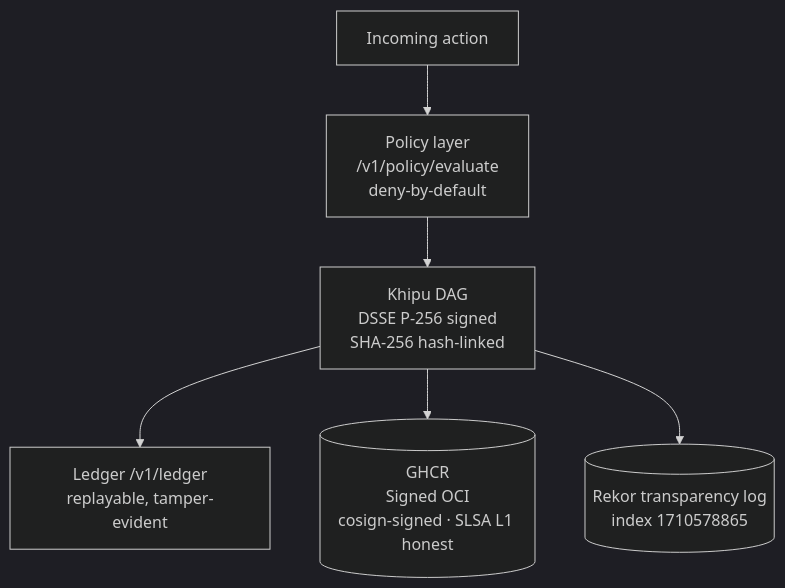
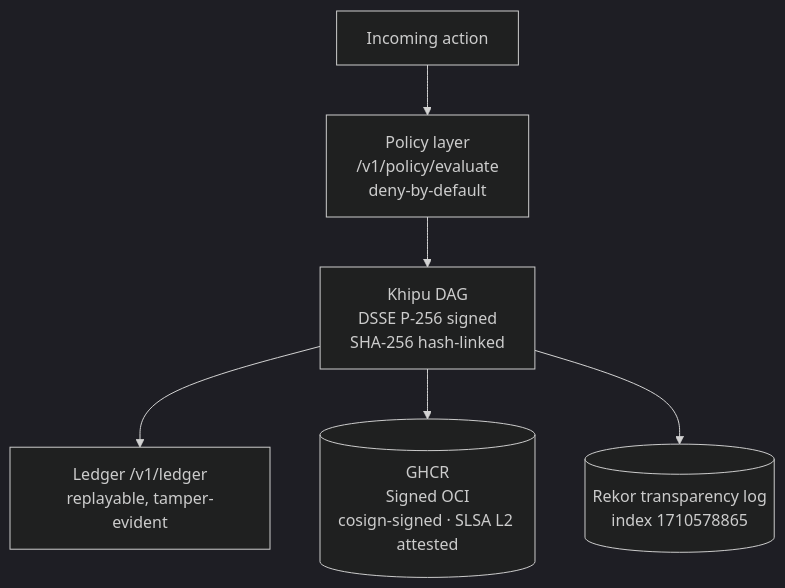
Before and after one commit to szl-holdings/a11oy: the diagram in README.md, drawn with Mermaid (dark theme). The commit also changed other lines of this file and 7 other files, not shown here.

````diff
--- a/README.md
+++ b/README.md
@@ -86,8 +91,8 @@
 ```mermaid
 graph TD
     A[Incoming action] --> PL[Policy layer\n/v1/policy/evaluate\ndeny-by-default]
     PL --> KD[Khipu DAG\nDSSE P-256 signed\nSHA-256 hash-linked]
     KD --> LDG[Ledger /v1/ledger\nreplayable, tamper-evident]
-    KD --> UDS[(GHCR\nSigned OCI\ncosign-signed · SLSA L1 honest)]
+    KD --> UDS[(GHCR\nSigned OCI\ncosign-signed · SLSA L2 attested)]
     KD --> REKOR[(Rekor transparency log\nindex 1710578865)]
 ```
````
